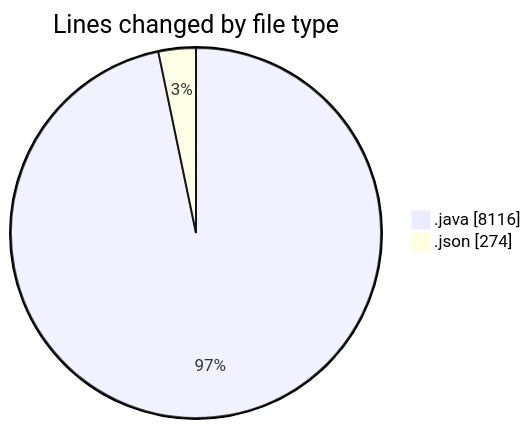
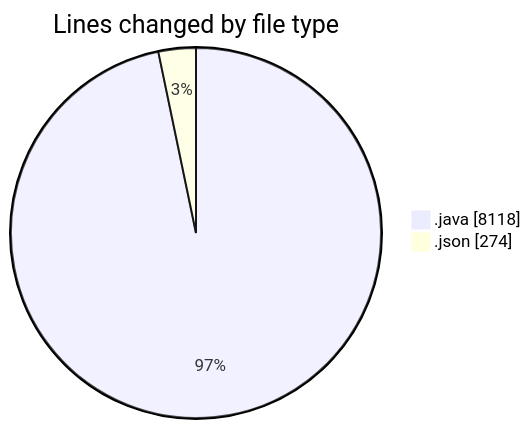
One commit to ricardozamudiocil/code-tracking changed the first of 2 diagrams in 2026-09-03/cilapp/README.md. Above: the diagram before and after it, drawn with Mermaid. The commit also changed other lines of this file and 1 other file, not shown here.

````diff
--- a/2026-09-03/cilapp/README.md
+++ b/2026-09-03/cilapp/README.md
@@ -22,6 +22,6 @@
 ```mermaid
 pie showData
 title Lines changed by file type
-".java" : 8116
+".java" : 8118
 ".json" : 274
 ```
````
